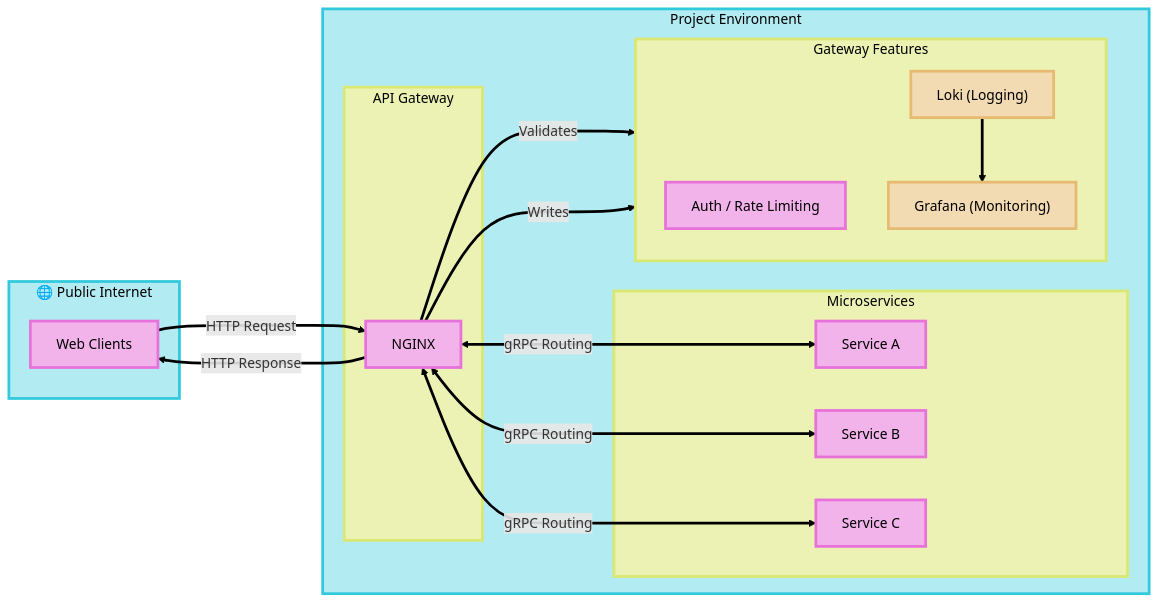
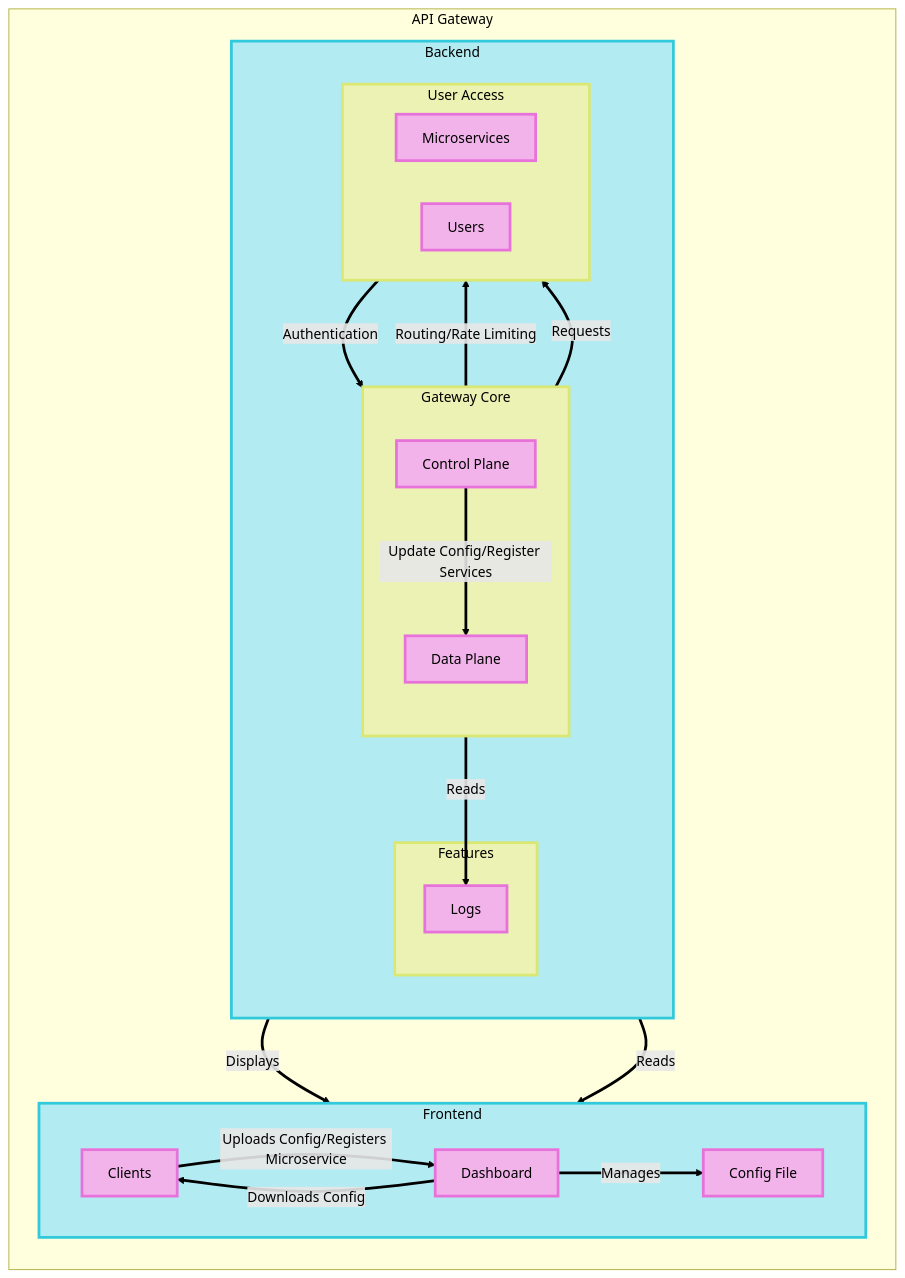
Before and after one commit to john-david3/fyp-api-gateway: the diagram in docs/architecture.md, drawn with Mermaid. The commit also changed 2 other files, not shown here.

Commit message:
update mermaid diagram

````diff
--- a/docs/architecture.md
+++ b/docs/architecture.md
@@ -1,65 +1,69 @@
 ```mermaid
-flowchart LR
-    %% Top row: Public Internet -> Gateway -> Microservices
-    subgraph Public_Internet["🌐 Public Internet"]
-        WebClients["Web Clients"]
-    end
+flowchart TB
+%% Graphs
+    subgraph Project["API Gateway"]
+        direction TB
 
-    subgraph Project["Project Environment"]
-        %% API Gateway (top row)
-        subgraph Gateway["API Gateway"]
-            NGINX["NGINX"]
+        subgraph Frontend["Frontend"]
+            direction LR
+            Clients["Clients"]
+            Dashboard["Dashboard"]
+            Config["Config File"]
         end
 
-        %% Microservices (top row)
-        subgraph Microservices["Microservices"]
-            ServiceA["Service A"]
-            ServiceB["Service B"]
-            ServiceC["Service C"]
-        end
+        subgraph Backend["Backend"]
+            direction TB
 
-        %% Gateway Features (bottom row)
-        subgraph Gateway_Features["Gateway Features"]
-            direction TB
-            AuthRateLimit["Auth / Rate Limiting"]
-            Loki["Loki (Logging)"]
-            Grafana["Grafana (Monitoring)"]
+            subgraph Features["Features"]
+                Logs["Logs"]
+            end
+
+            subgraph Core["Gateway Core"]
+                direction TB
+                Control["Control Plane"]
+                Data["Data Plane"]
+            end
+
+            subgraph UserAccess["User Access"]
+                direction LR
+                Microservices["Microservices"]
+                Users["Users"]
+            end
         end
     end
 
-    %% Connections
-    WebClients --"HTTP Request"--> NGINX
-    NGINX --"HTTP Response"--> WebClients
-    NGINX <--"gRPC Routing"--> ServiceA
-    NGINX <--"gRPC Routing"--> ServiceB
-    NGINX <--"gRPC Routing"--> ServiceC
+%% Connections
+    Clients --"Uploads Config/Registers Microservice"--> Dashboard
+    Dashboard --"Downloads Config"--> Clients
+Dashboard --"Manages"--> Config
 
-    NGINX --"Validates"--> AuthRateLimit
-    NGINX --"Writes"--> Loki
-    Loki --> Grafana
+Control --"Update Config/Register Services"--> Data
+Control --Displays--> Dashboard
+Control --Reads--> Config
+Control --"Reads"--> Logs
+Data --"Routing/Rate Limiting"--> Microservices
+Data --Requests--> Users
+Users --Authentication--> Data
 
-    %% Colours
-    classDef outer fill:#b3ebf2,stroke:#31c9dc,stroke-width:0.2em,color:#000;
-    class Public_Internet outer;
-    class Project outer;
+%% Colours
+classDef outer fill:#b3ebf2,stroke:#31c9dc,stroke-width:0.2em,color:#000;
+class Frontend outer;
+class Backend outer;
 
-    classDef inner fill:#ebf2b3,stroke:#dae772,stroke-width:0.2em,color:#000;
-    class Gateway inner;
-    class Gateway_Features inner;
-    class Microservices inner;
+classDef inner fill:#ebf2b3,stroke:#dae772,stroke-width:0.2em,color:#000;
+class Core inner;
+class Features inner;
+class UserAccess inner;
 
-    classDef nodes fill:#f2b3eb,stroke:#e772da,stroke-width:0.2em,color:#000;
-    class WebClients nodes;
-    class NGINX nodes;
-    class ServiceA nodes;
-    class ServiceB nodes;
-    class ServiceC nodes;
-    class AuthRateLimit nodes;
-    
-    classDef logs fill:#f2dab3,stroke:#e7ba72,stroke-width:0.2em,color:#000;
-    class Loki logs;
-    class Grafana logs;
+classDef nodes fill:#f2b3eb,stroke:#e772da,stroke-width:0.2em,color:#000;
+class Control nodes;
+class Data nodes;
+class Clients nodes;
+class Logs nodes;
+class Config nodes;
+class Dashboard nodes;
+class Microservices nodes;
+class Users nodes;
 
-    linkStyle default stroke:#000,stroke-width:0.2em;
-
+linkStyle default stroke:#000,stroke-width:0.2em;
 ```
````
